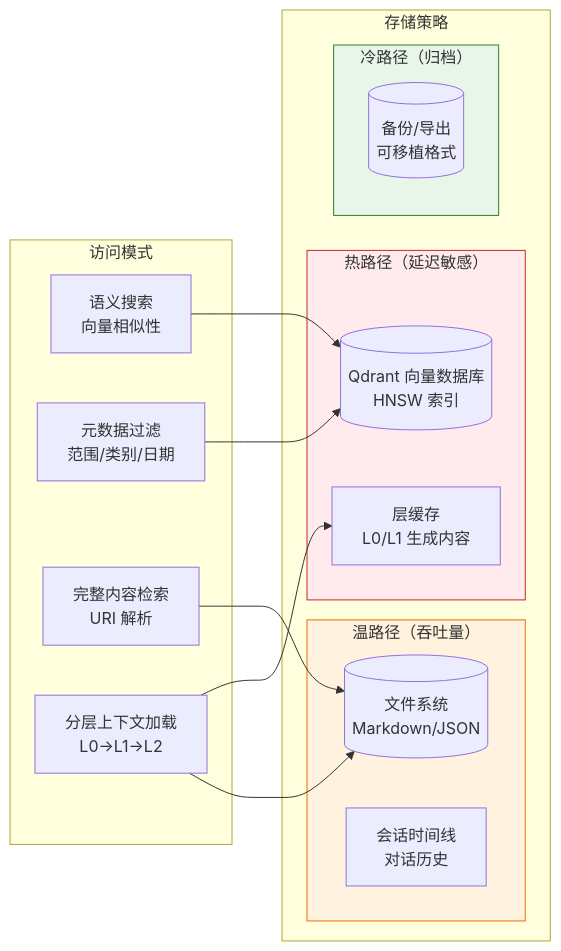
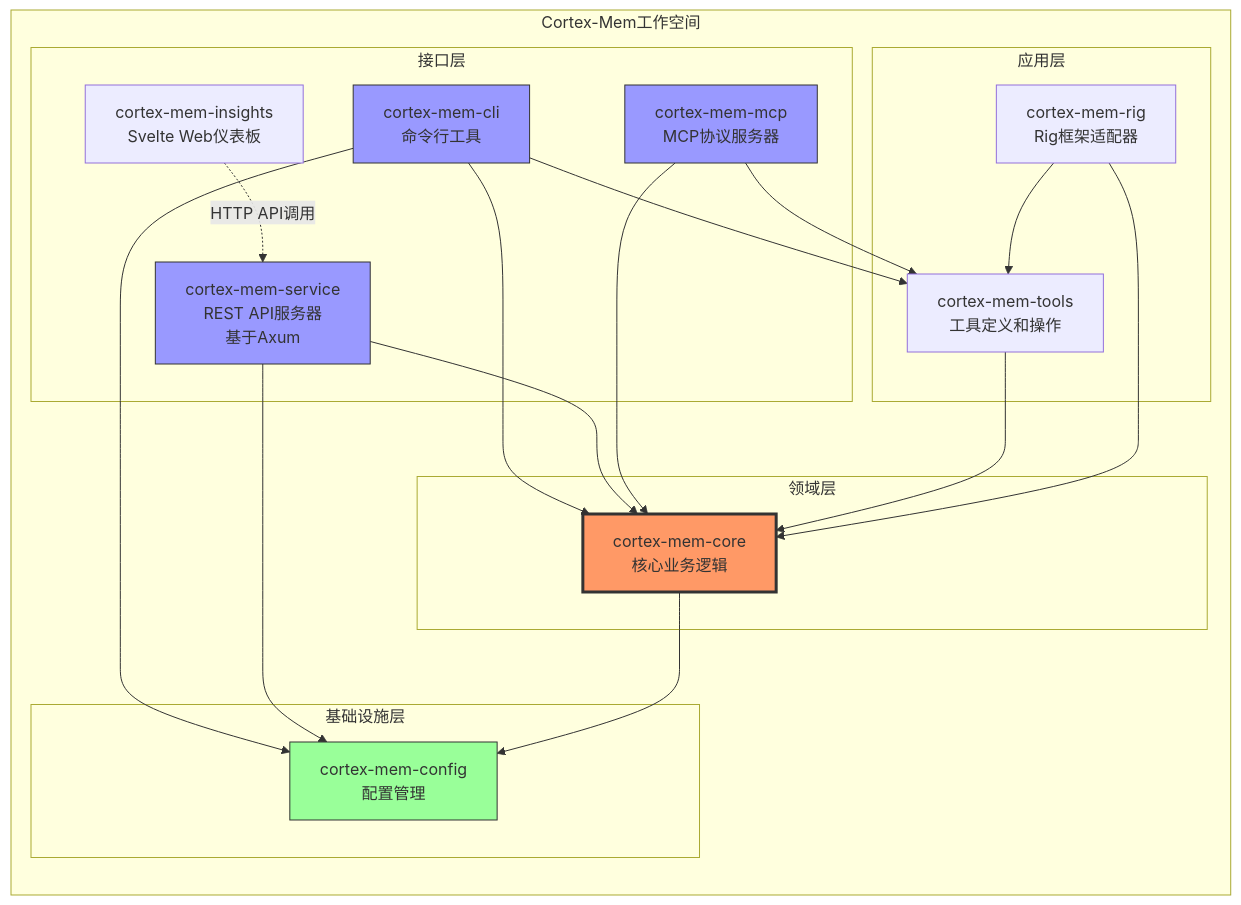
One commit to sopaco/cortex-mem changed the fourth of 14 diagrams in litho.docs/zh/2、架构概览.md. Above: the diagram before and after it, drawn with Mermaid. The commit also changed other lines of this file and 45 other files, not shown here.

````diff
--- a/litho.docs/zh/2、架构概览.md
+++ b/litho.docs/zh/2、架构概览.md
@@ -299,35 +180,52 @@
 ```mermaid
-flowchart LR
-    subgraph Storage["存储策略"]
-        subgraph Hot["热路径（延迟敏感）"]
-            VS[(Qdrant 向量数据库<br/>HNSW 索引)]
-            Cache[层缓存<br/>L0/L1 生成内容]
+graph TD
+    subgraph Workspace["Cortex-Mem工作空间"]
+        direction TB
+        
+        subgraph InterfaceLayer["接口层"]
+            CLI[cortex-mem-cli<br/>命令行工具]
+            SERVICE[cortex-mem-service<br/>REST API服务器<br/>基于Axum]
+            MCP[cortex-mem-mcp<br/>MCP协议服务器]
+            INSIGHTS[cortex-mem-insights<br/>Svelte Web仪表板]
         end
         
-        subgraph Warm["温路径（吞吐量）"]
-            FS[(文件系统<br/>Markdown/JSON)]
-            Session[会话时间线<br/>对话历史]
+        subgraph ApplicationLayer["应用层"]
+            TOOLS[cortex-mem-tools<br/>工具定义和操作]
+            RIG[cortex-mem-rig<br/>Rig框架适配器]
         end
         
-        subgraph Cold["冷路径（归档）"]
-            Backup[(备份/导出<br/>可移植格式)]
+        subgraph DomainLayer["领域层"]
+            CORE[cortex-mem-core<br/>核心业务逻辑]
+        end
+        
+        subgraph InfrastructureLayer["基础设施层"]
+            CONFIG[cortex-mem-config<br/>配置管理]
         end
     end
     
-    subgraph Access["访问模式"]
-        Vector[语义搜索<br/>向量相似性]
-        Metadata[元数据过滤<br/>范围/类别/日期]
-        Content[完整内容检索<br/>URI 解析]
-        Tiered[分层上下文加载<br/>L0→L1→L2]
-    end
+    %% 依赖方向 - 严格流向核心
+    CLI --> TOOLS
+    CLI --> CORE
+    CLI --> CONFIG
     
-    Vector --> VS
-    Metadata --> VS
-    Content --> FS
-    Tiered --> Cache
-    Tiered --> FS
+    SERVICE --> CORE
+    SERVICE --> CONFIG
     
-    style Hot fill:#ffebee,stroke:#c62828
-    style Warm fill:#fff3e0,stroke:#ef6c00
-    style Cold fill:#e8f5e9,stroke:#2e7d32
+    MCP --> CORE
+    MCP --> TOOLS
+    
+    INSIGHTS -.->|HTTP API调用| SERVICE
+    
+    TOOLS --> CORE
+    
+    RIG --> TOOLS
+    RIG --> CORE
+    
+    CORE --> CONFIG
+    
+    style CORE fill:#f96,stroke:#333,stroke-width:3px
+    style CONFIG fill:#9f9,stroke:#333
+    style CLI fill:#99f,stroke:#333
+    style SERVICE fill:#99f,stroke:#333
+    style MCP fill:#99f,stroke:#333
 ```
````
